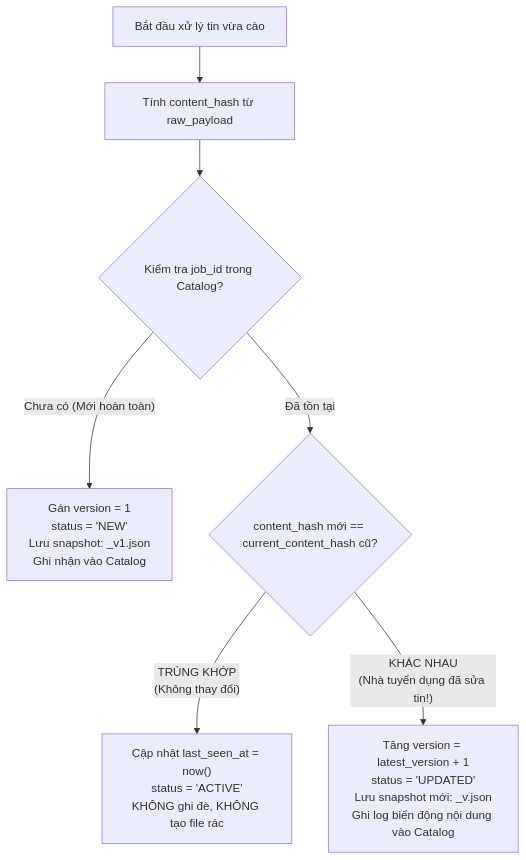
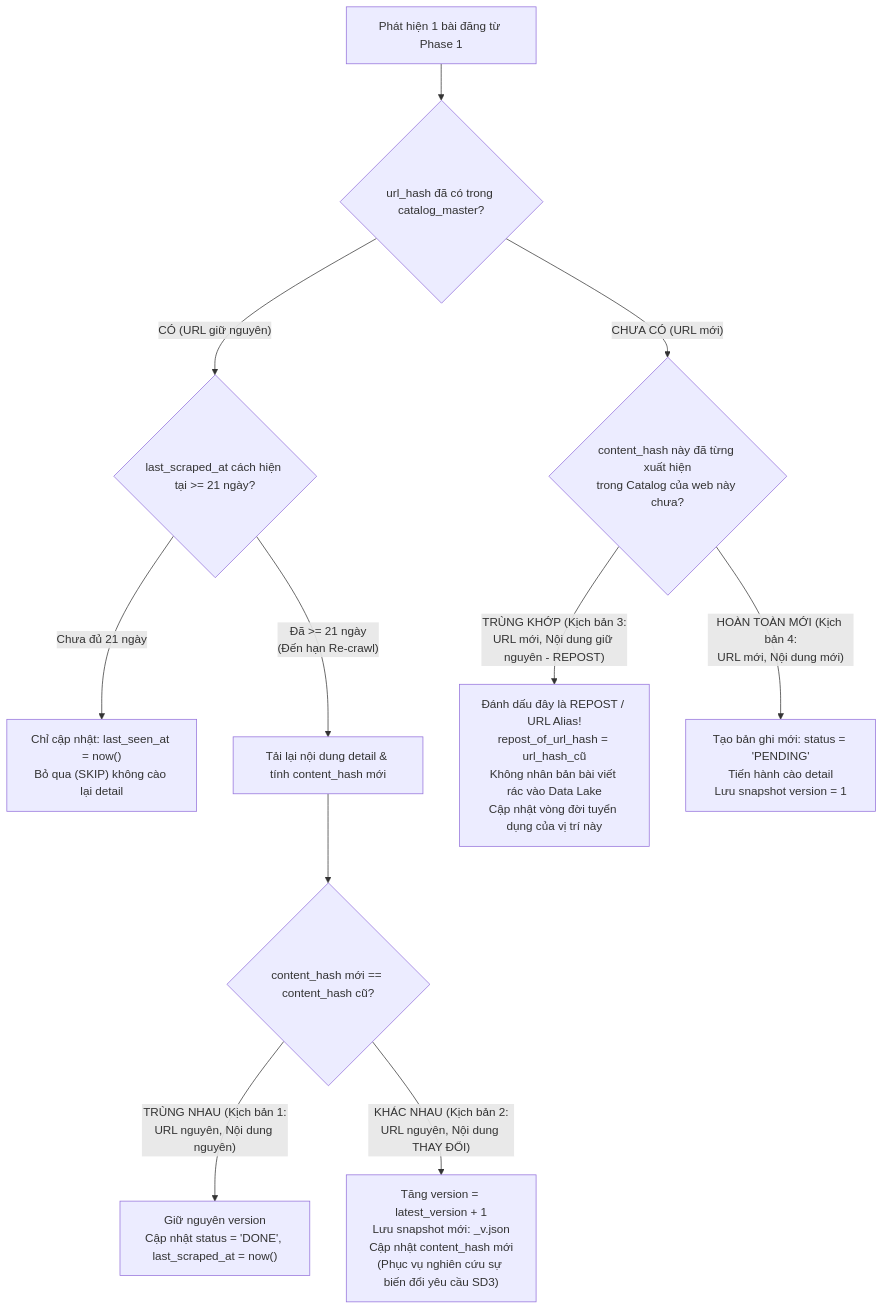
The second of 3 diagrams in docs/02_crawling_architecture_guide.md (Archduker/VN-IT-Job-Mining), drawn with Mermaid before and after one commit. The commit also changed other lines of this file and 13 other files, not shown here.

Commit message:
feat(ledger): implement URL ledger, 2-phase crawling, 21-day recrawl, clean container hashing and sample test suites

````diff
--- a/docs/02_crawling_architecture_guide.md
+++ b/docs/02_crawling_architecture_guide.md
@@ -119,13 +142,18 @@
 ```mermaid
 flowchart TD
-    Start["Bắt đầu xử lý tin vừa cào"] --> CalcHash["Tính content_hash từ raw_payload"]
-    CalcHash --> QueryCatalog{"Kiểm tra job_id trong Catalog?"}
+    Scan["Phát hiện 1 bài đăng từ Phase 1"] --> CheckURL{"url_hash đã có trong catalog_master?"}
+
+    %% Nhánh URL đã có
+    CheckURL -- "CÓ (URL giữ nguyên)" --> CheckTime{"last_scraped_at cách hiện tại >= 21 ngày?"}
+    CheckTime -- "Chưa đủ 21 ngày" --> UpdateSeen["Chỉ cập nhật: last_seen_at = now()\nBỏ qua (SKIP) không cào lại detail"]
+    CheckTime -- "Đã >= 21 ngày\n(Đến hạn Re-crawl)" --> ReScrape["Tải lại nội dung detail & tính content_hash mới"]
     
-    QueryCatalog -- "Chưa có (Mới hoàn toàn)" --> CreateNew["Gán version = 1\nstatus = 'NEW'\nLưu snapshot: <job_id>_v1.json\nGhi nhận vào Catalog"]
-    
-    QueryCatalog -- "Đã tồn tại" --> CompareHash{"content_hash mới == current_content_hash cũ?"}
-    
-    CompareHash -- "TRÙNG KHỚP\n(Không thay đổi)" --> KeepAlive["Cập nhật last_seen_at = now()\nstatus = 'ACTIVE'\nKHÔNG ghi đè, KHÔNG tạo file rác"]
-    
-    CompareHash -- "KHÁC NHAU\n(Nhà tuyển dụng đã sửa tin!)" --> IncVersion["Tăng version = latest_version + 1\nstatus = 'UPDATED'\nLưu snapshot mới: <job_id>_v<ver>.json\nGhi log biến động nội dung vào Catalog"]
+    ReScrape --> CompareHash{"content_hash mới == content_hash cũ?"}
+    CompareHash -- "TRÙNG NHAU (Kịch bản 1:\nURL nguyên, Nội dung nguyên)" --> KeepVer["Giữ nguyên version\nCập nhật status = 'DONE', last_scraped_at = now()"]
+    CompareHash -- "KHÁC NHAU (Kịch bản 2:\nURL nguyên, Nội dung THAY ĐỔI)" --> IncVer["Tăng version = latest_version + 1\nLưu snapshot mới: <id>_v<ver>.json\nCập nhật content_hash mới\n(Phục vụ nghiên cứu sự biến đổi yêu cầu SD3)"]
+
+    %% Nhánh URL mới
+    CheckURL -- "CHƯA CÓ (URL mới)" --> CheckSemantic{"content_hash này đã từng xuất hiện\ntrong Catalog của web này chưa?"}
+    CheckSemantic -- "TRÙNG KHỚP (Kịch bản 3:\nURL mới, Nội dung giữ nguyên - REPOST)" --> LinkRepost["Đánh dấu đây là REPOST / URL Alias!\nrepost_of_url_hash = url_hash_cũ\nKhông nhân bản bài viết rác vào Data Lake\nCập nhật vòng đời tuyển dụng của vị trí này"]
+    CheckSemantic -- "HOÀN TOÀN MỚI (Kịch bản 4:\nURL mới, Nội dung mới)" --> NewJob["Tạo bản ghi mới: status = 'PENDING'\nTiến hành cào detail\nLưu snapshot version = 1"]
 ```
````
